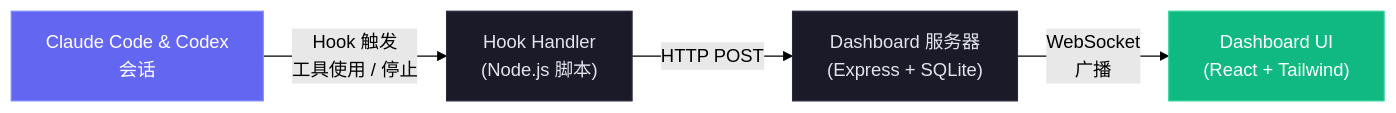
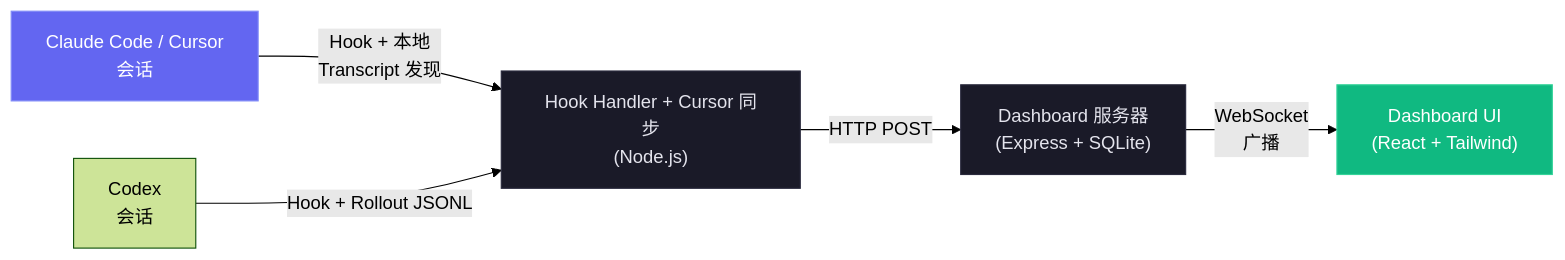
One commit to Doccy008/Claude-Code-Agent-Monitor changed the first of 22 diagrams in README-CN.md. Above: the diagram before and after it, drawn with Mermaid (forest theme). The commit also changed other lines of this file and 3 other files, not shown here.

````diff
--- a/README-CN.md
+++ b/README-CN.md
@@ -119,10 +119,11 @@
 ```mermaid
 graph LR
-    A["Claude Code & Codex<br/>会话"] -->|Hook 触发<br/>工具使用 / 停止| B["Hook Handler<br/>(Node.js 脚本)"]
+    A["Claude Code / Cursor<br/>会话"] -->|Hook + 本地<br/>Transcript 发现| B["Hook Handler + Cursor 同步<br/>(Node.js)"]
+    X["Codex<br/>会话"] -->|Hook + Rollout JSONL| B
     B -->|HTTP POST| C["Dashboard 服务器<br/>(Express + SQLite)"]
     C -->|WebSocket<br/>广播| D["Dashboard UI<br/>(React + Tailwind)"]
     style A fill:#6366f1,stroke:#818cf8,color:#fff
     style B fill:#1a1a28,stroke:#2a2a3d,color:#e4e4ed
     style C fill:#1a1a28,stroke:#2a2a3d,color:#e4e4ed
     style D fill:#10b981,stroke:#34d399,color:#fff
 ```
````
